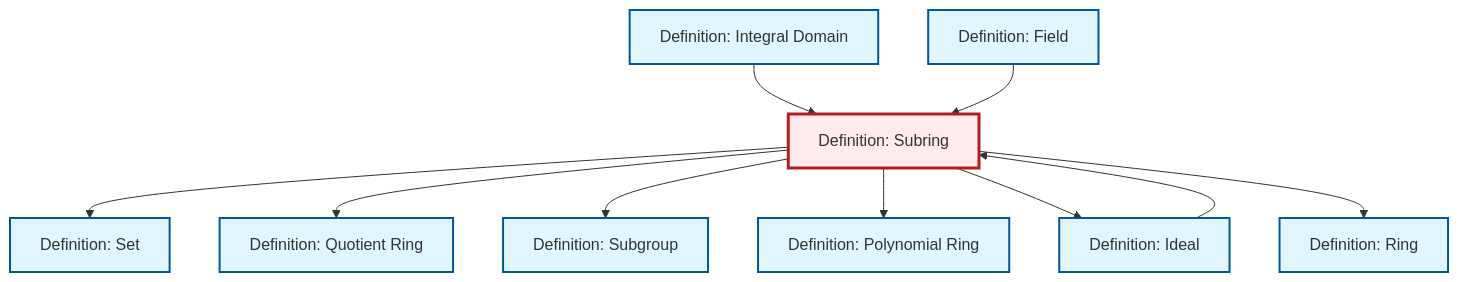
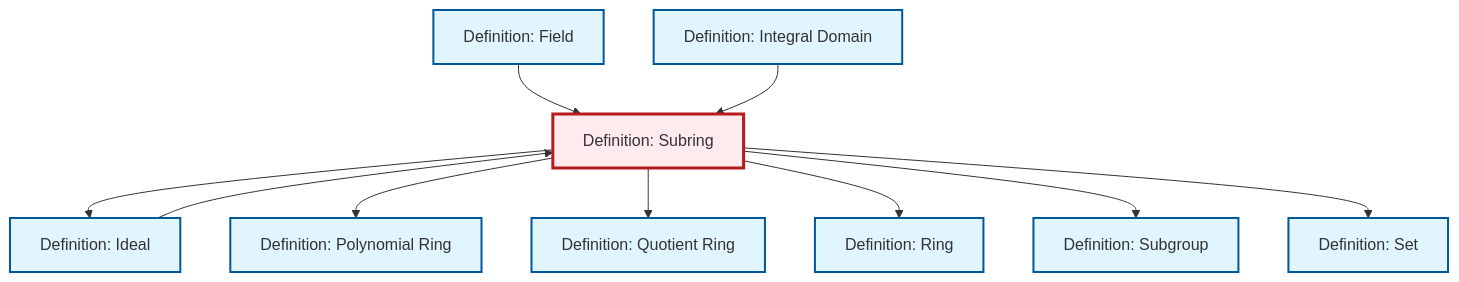
The diagram in content/en/algebra/def-subring.qmd (RK0429/ModernMath), drawn with Mermaid before and after one commit. The commit also changed other lines of this file and 654 other files, not shown here.

First line of the commit message:
fix: Update cross-references to equivalence relation in quotient ring definitions

````diff
--- a/content/en/algebra/def-subring.qmd
+++ b/content/en/algebra/def-subring.qmd
@@ -84,36 +84,36 @@
 ```{mermaid}
 %%| fig-cap: "Local dependency graph"
 graph TD
     classDef definition fill:#e1f5fe,stroke:#01579b,stroke-width:2px
     classDef theorem fill:#f3e5f5,stroke:#4a148c,stroke-width:2px
     classDef axiom fill:#fff3e0,stroke:#e65100,stroke-width:2px
     classDef example fill:#e8f5e9,stroke:#1b5e20,stroke-width:2px
     classDef current fill:#ffebee,stroke:#b71c1c,stroke-width:3px
+    def-set["Definition: Set"]:::definition
+    def-polynomial-ring["Definition: Polynomial Ring"]:::definition
     def-quotient-ring["Definition: Quotient Ring"]:::definition
+    def-field["Definition: Field"]:::definition
+    def-ring["Definition: Ring"]:::definition
     def-subgroup["Definition: Subgroup"]:::definition
-    def-ring["Definition: Ring"]:::definition
+    def-ideal["Definition: Ideal"]:::definition
     def-integral-domain["Definition: Integral Domain"]:::definition
     def-subring["Definition: Subring"]:::definition
-    def-field["Definition: Field"]:::definition
-    def-set["Definition: Set"]:::definition
-    def-ideal["Definition: Ideal"]:::definition
-    def-polynomial-ring["Definition: Polynomial Ring"]:::definition
+    def-field --> def-subring
+    def-subring --> def-ideal
+    def-subring --> def-polynomial-ring
+    def-ideal --> def-subring
     def-integral-domain --> def-subring
+    def-subring --> def-quotient-ring
+    def-subring --> def-ring
+    def-subring --> def-subgroup
     def-subring --> def-set
-    def-ideal --> def-subring
-    def-subring --> def-quotient-ring
-    def-field --> def-subring
-    def-subring --> def-subgroup
-    def-subring --> def-polynomial-ring
-    def-subring --> def-ideal
-    def-subring --> def-ring
     class def-subring current
+    click def-set "def-set.html" "Go to Set definition"
+    click def-polynomial-ring "def-polynomial-ring.html" "Go to Polynomial Ring definition"
     click def-quotient-ring "def-quotient-ring.html" "Go to Quotient Ring definition"
+    click def-field "def-field.html" "Go to Field definition"
+    click def-ring "def-ring.html" "Go to Ring definition"
     click def-subgroup "def-subgroup.html" "Go to Subgroup definition"
-    click def-ring "def-ring.html" "Go to Ring definition"
+    click def-ideal "def-ideal.html" "Go to Ideal definition"
     click def-integral-domain "def-integral-domain.html" "Go to Integral Domain definition"
-    click def-field "def-field.html" "Go to Field definition"
-    click def-set "def-set.html" "Go to Set definition"
-    click def-ideal "def-ideal.html" "Go to Ideal definition"
-    click def-polynomial-ring "def-polynomial-ring.html" "Go to Polynomial Ring definition"
 ```
````
